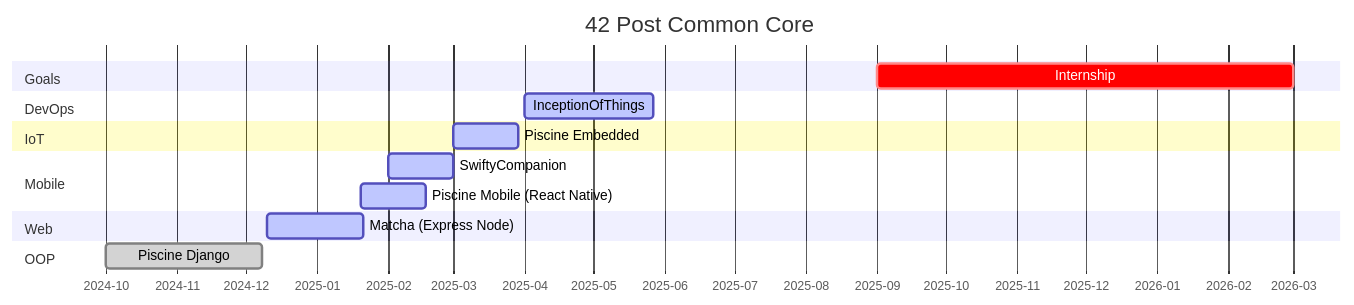
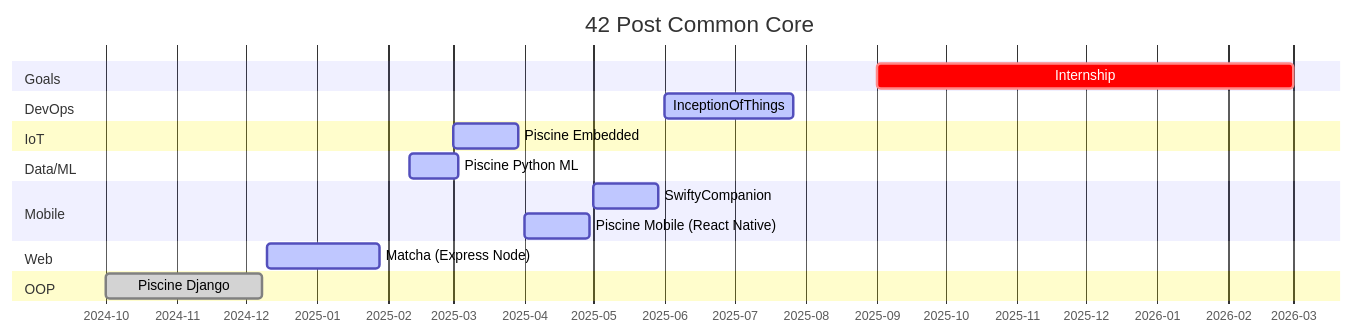
Before and after one commit to Tablerase/42_Projects: the first of 3 diagrams in README.md, drawn with Mermaid.

Commit message:
refactor: change in timeline objectives

````diff
--- a/README.md
+++ b/README.md
@@ -106,26 +106,29 @@
 ```mermaid
 gantt
     title 42 Post Common Core
     dateFormat  YYYY-MM-DD
     axisFormat %Y-%m
     todayMarker on
 
     section Goals
     Internship : crit, 2025-09-01, 2026-03-01
 
     section DevOps
-    InceptionOfThings : active, 2025-04-01, 8w
+    InceptionOfThings : active, 2025-06-01, 8w
 
     Section IoT
     Piscine Embedded : active, 2025-03-01, 4w
 
+    Section Data/ML
+    Piscine Python ML : active, 2025-02-10, 3w
+
     section Mobile
-    SwiftyCompanion : active, 2025-02-01, 4w
-    Piscine Mobile (React Native) : active, 2025-01-20, 4w
+    SwiftyCompanion : active, 2025-05-01, 4w
+    Piscine Mobile (React Native) : active, 2025-04-01, 4w
 
     section Web
-    Matcha (Express Node) : active, 2024-12-10, 6w
+    Matcha (Express Node) : active, 2024-12-10, 7w
 
     section OOP
     Piscine Django : done, 2024-10-01, 2024-12-08
 ```
````
